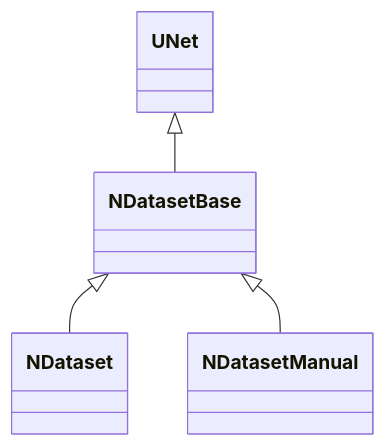
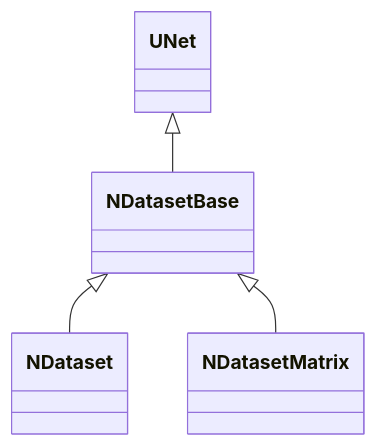
One commit to aicommunity/Nmsdk-PulseLib changed the diagram in Docs/Components/NDatasetBase.md. Above: the diagram before and after it, drawn with Mermaid. The commit also changed other lines of this file and 6 other files, not shown here.

First line of the commit message:
refactor(NDataset): rename NDatasetManual to NDatasetMatrix

````diff
--- a/Docs/Components/NDatasetBase.md
+++ b/Docs/Components/NDatasetBase.md
@@ -14,6 +14,6 @@
 ```mermaid
 classDiagram
     UNet <|-- NDatasetBase
     NDatasetBase <|-- NDataset
-    NDatasetBase <|-- NDatasetManual
+    NDatasetBase <|-- NDatasetMatrix
 ```
````
